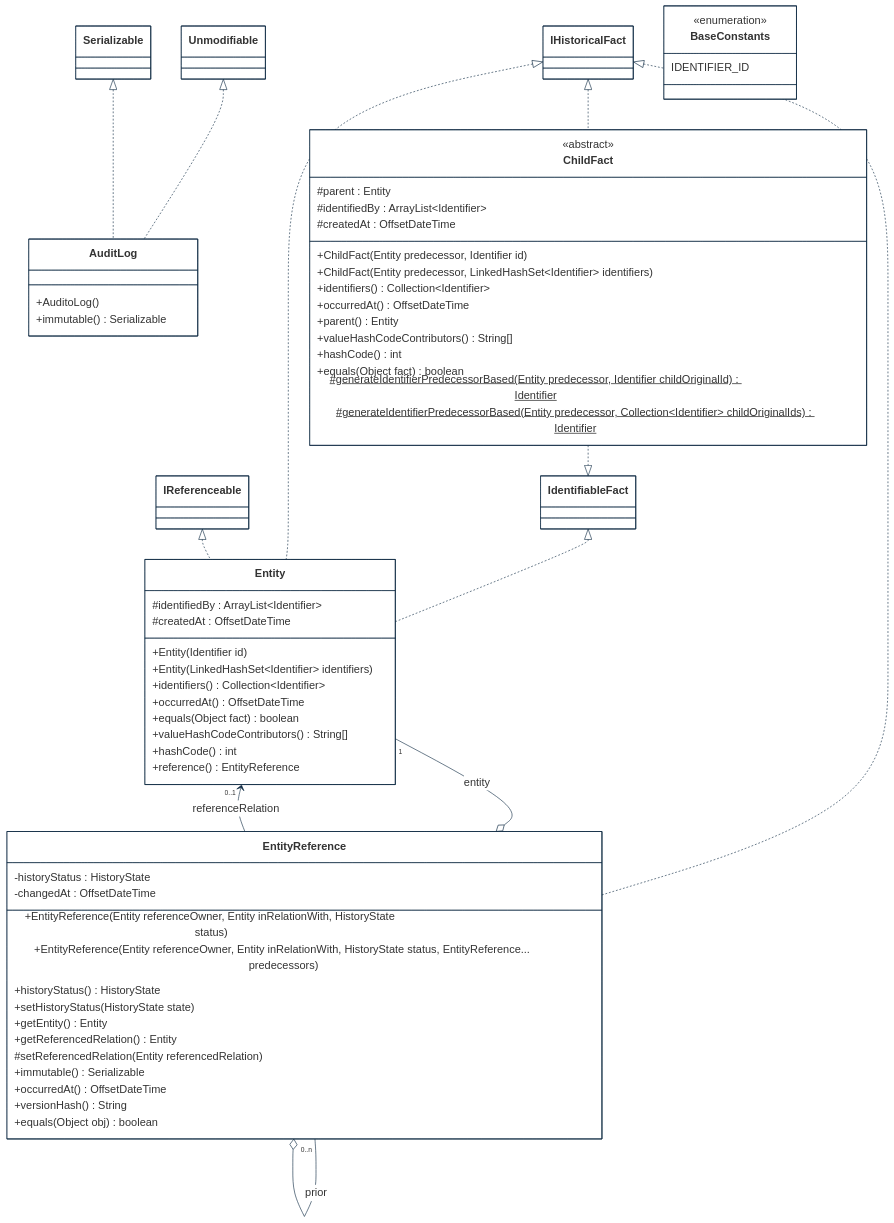
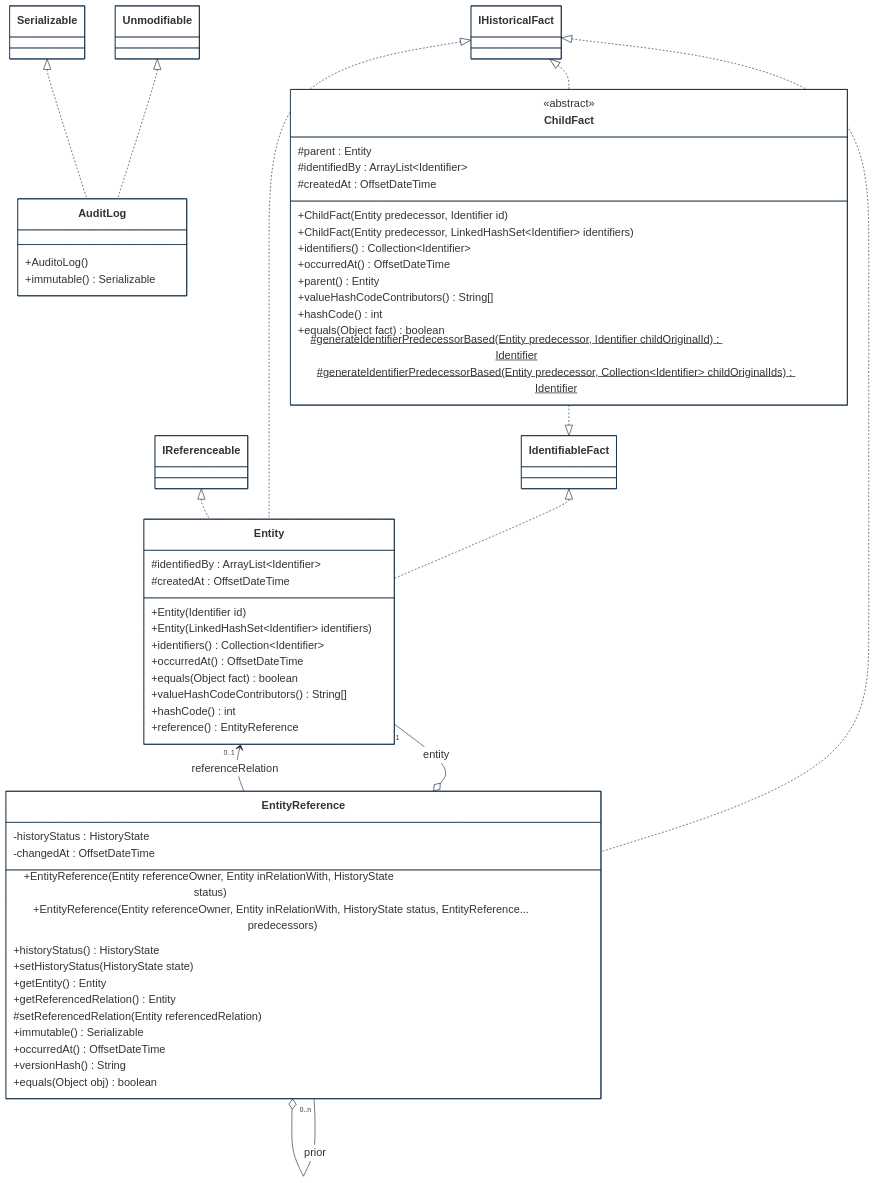
One commit to cybnity/foundation changed the first of 6 diagrams in implementations-line/framework/immutable/designview-packages.md. Above: the diagram before and after it, drawn with Mermaid. The commit also changed other lines of this file, not shown here.

```diff
--- a/implementations-line/framework/immutable/designview-packages.md
+++ b/implementations-line/framework/immutable/designview-packages.md
@@ -63,10 +64,6 @@
     Entity "1" --o EntityReference : entity
     Entity "0..1" <-- EntityReference : referenceRelation
 
-    class BaseConstants {
-        <<enumeration>>
-        IDENTIFIER_ID
-    }
     class Entity {
         #identifiedBy : ArrayList~Identifier~
         #createdAt : OffsetDateTime
```
